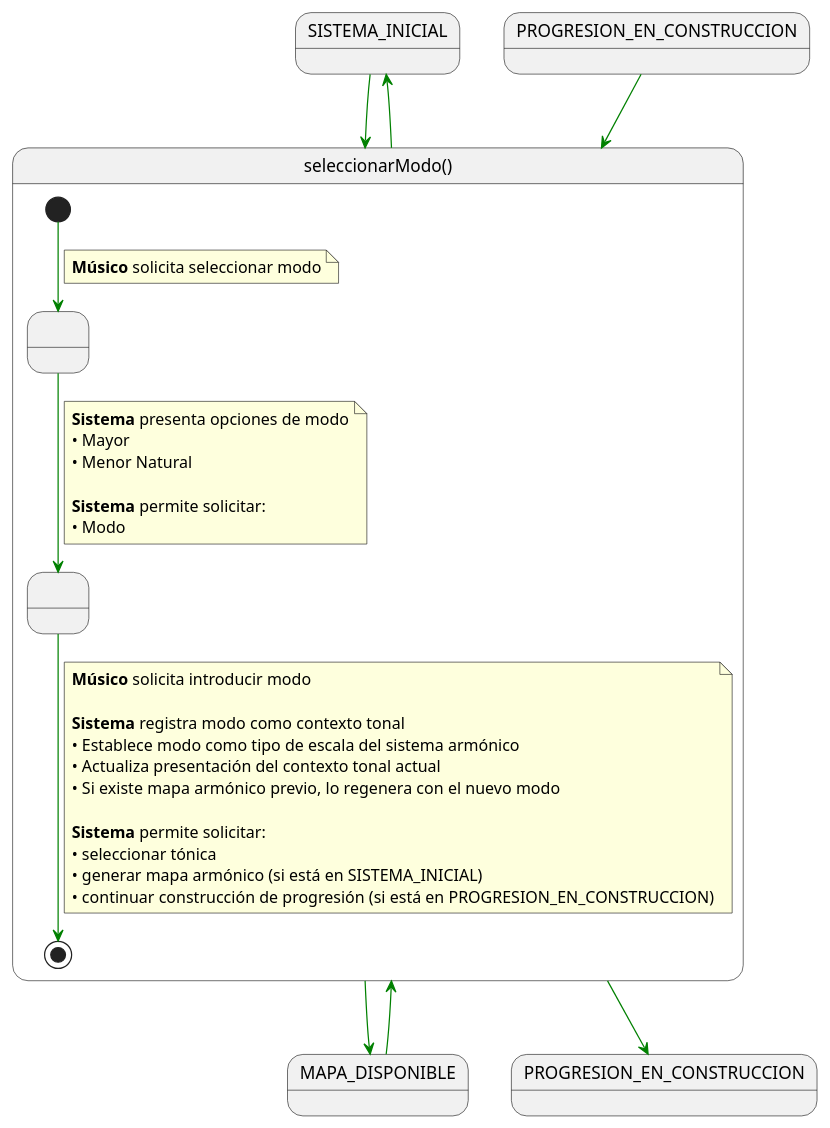
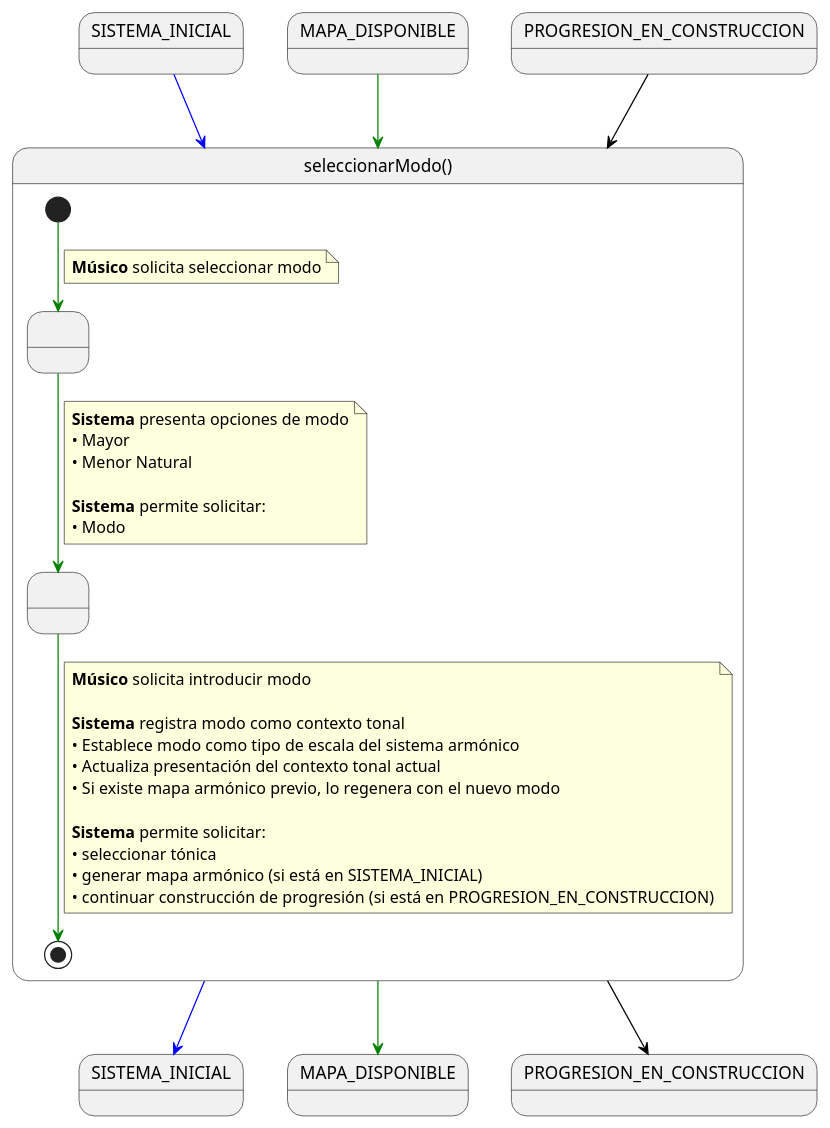
One commit to mmasias/mmasias changed the diagram in music/cQuintas/RUP/00-casos-uso/01-actores-casos-uso/00-detalle/seleccionarModo/especificacion.puml. Above: the diagram before and after it, drawn with PlantUML. The commit also changed 3 other files, not shown here.

```diff
--- a/music/cQuintas/RUP/00-casos-uso/01-actores-casos-uso/00-detalle/seleccionarModo/especificacion.puml
+++ b/music/cQuintas/RUP/00-casos-uso/01-actores-casos-uso/00-detalle/seleccionarModo/especificacion.puml
@@ -1,51 +1,55 @@
 @startuml seleccionarModo
 
 skinparam linetype polyline
 
-SISTEMA_INICIAL -[#green]-> seleccionarModo
+SISTEMA_INICIAL -[#blue]-> seleccionarModo
 MAPA_DISPONIBLE -[#green]-> seleccionarModo
-state PROGRESION_EN_CONSTRUCCION_2 as "PROGRESION_EN_CONSTRUCCION"
-PROGRESION_EN_CONSTRUCCION_2 -[#green]-> seleccionarModo
+state PROGRESION_EN_CONSTRUCCION_1 as "PROGRESION_EN_CONSTRUCCION"
+PROGRESION_EN_CONSTRUCCION_1 -[#Black]-> seleccionarModo
 
 state seleccionarModo as "seleccionarModo()" {
 
     state " " as PresentandoOpciones
     state " " as ModoSeleccionado
 
     [*] -[#green]-> PresentandoOpciones
     note on link
     <b>Músico</b> solicita seleccionar modo
     end note
 
     PresentandoOpciones -[#green]-> ModoSeleccionado
     note on link
     <b>Sistema</b> presenta opciones de modo
     • Mayor
     • Menor Natural
 
     <b>Sistema</b> permite solicitar:
     • Modo
     end note
 
     ModoSeleccionado -[#green]-> [*]
     note on link
     <b>Músico</b> solicita introducir modo
 
     <b>Sistema</b> registra modo como contexto tonal
     • Establece modo como tipo de escala del sistema armónico
     • Actualiza presentación del contexto tonal actual
     • Si existe mapa armónico previo, lo regenera con el nuevo modo
 
     <b>Sistema</b> permite solicitar:
     • seleccionar tónica
     • generar mapa armónico (si está en SISTEMA_INICIAL)
     • continuar construcción de progresión (si está en PROGRESION_EN_CONSTRUCCION)
     end note
 
 }
 
-seleccionarModo -[#green]-> SISTEMA_INICIAL
-seleccionarModo -[#green]-> MAPA_DISPONIBLE
-seleccionarModo -[#green]-> PROGRESION_EN_CONSTRUCCION
+state SISTEMA_INICIAL_2 as "SISTEMA_INICIAL"
+state MAPA_DISPONIBLE_2 as "MAPA_DISPONIBLE"
+state PROGRESION_EN_CONSTRUCCION_2 as "PROGRESION_EN_CONSTRUCCION"
+
+seleccionarModo -[#blue]-> SISTEMA_INICIAL_2
+seleccionarModo -[#green]-> MAPA_DISPONIBLE_2
+seleccionarModo -[#Black]-> PROGRESION_EN_CONSTRUCCION_2
 
 @enduml
```
